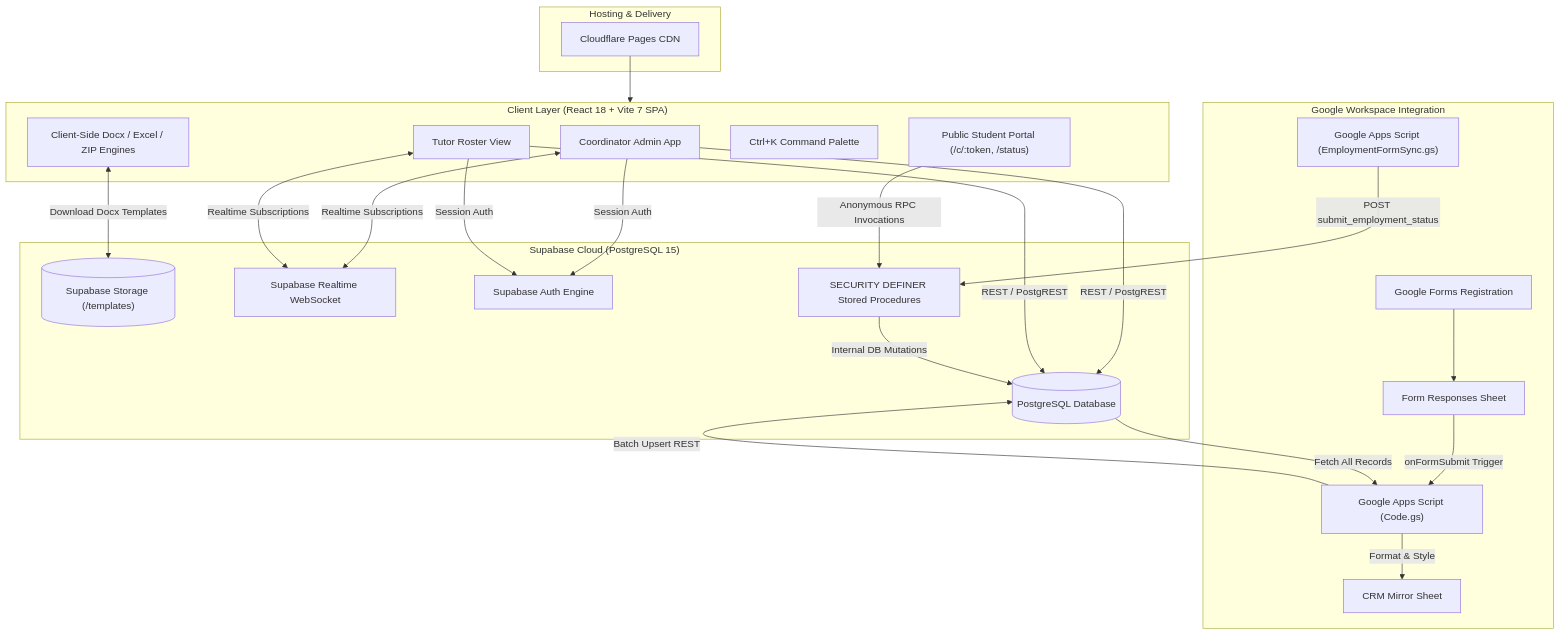
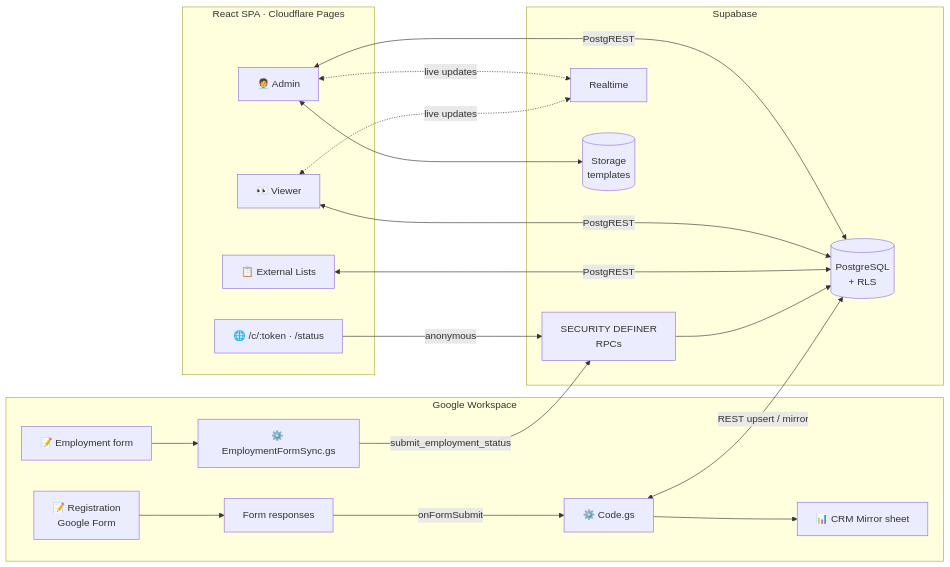
Before and after one commit to ihorvasyliev-gh/CRM-From-Google: the first of 2 diagrams in README.md, drawn with Mermaid. The commit also changed other lines of this file, not shown here.

````diff
--- a/README.md
+++ b/README.md
@@ -82,53 +111,30 @@
 ```mermaid
-graph TD
-    %% Public & Client Layer
-    subgraph Client ["Client Layer (React 18 + Vite 7 SPA)"]
-        Admin[Coordinator Admin App]
-        Tutor[Tutor Roster View]
-        PublicPortal["Public Student Portal (/c/:token, /status)"]
-        CmdPalette[Ctrl+K Command Palette]
-        DocEngine["Client-Side Docx / Excel / ZIP Engines"]
+flowchart LR
+    subgraph Google["Google Workspace"]
+        Form["📝 Registration<br/>Google Form"] --> Sheet["Form responses"]
+        Sheet -->|onFormSubmit| GAS["⚙️ Code.gs"]
+        GAS --> Mirror["📊 CRM Mirror sheet"]
+        Survey["📝 Employment form"] --> GAS2["⚙️ EmploymentFormSync.gs"]
     end
 
-    %% Edge Hosting
-    subgraph Hosting ["Hosting & Delivery"]
-        CF[Cloudflare Pages CDN]
+    subgraph Supabase["Supabase"]
+        DB[("PostgreSQL<br/>+ RLS")]
+        RPC["SECURITY DEFINER<br/>RPCs"]
+        RT["Realtime"]
+        ST[("Storage<br/>templates")]
     end
 
-    %% Database & BaaS Layer
-    subgraph Supabase ["Supabase Cloud (PostgreSQL 15)"]
-        DB[("PostgreSQL Database")]
-        Storage[("Supabase Storage (/templates)")]
-        Realtime["Supabase Realtime WebSocket"]
-        Auth["Supabase Auth Engine"]
-        RPC["SECURITY DEFINER Stored Procedures"]
+    subgraph Web["React SPA · Cloudflare Pages"]
+        Admin["🧑‍💼 Admin"]
+        Viewer["👀 Viewer"]
+        Outreach["📋 External Lists"]
+        Public["🌐 /c/:token · /status"]
     end
 
-    %% Google Workspace Integration
-    subgraph GoogleWorkspace ["Google Workspace Integration"]
-        GForm["Google Forms Registration"]
-        GAS_Sync["Google Apps Script (Code.gs)"]
-        GAS_Outcomes["Google Apps Script (EmploymentFormSync.gs)"]
-        Sheet_Resp["Form Responses Sheet"]
-        Sheet_Mirror["CRM Mirror Sheet"]
-    end
-
-    %% Interactions
-    CF --> Client
-    Admin --> |REST / PostgREST| DB
-    Tutor --> |REST / PostgREST| DB
-    Admin --> |Session Auth| Auth
-    Tutor --> |Session Auth| Auth
-    Admin <--> |Realtime Subscriptions| Realtime
-    Tutor <--> |Realtime Subscriptions| Realtime
-    DocEngine <--> |Download Docx Templates| Storage
-    PublicPortal --> |Anonymous RPC Invocations| RPC
-    RPC --> |Internal DB Mutations| DB
-
-    GForm --> Sheet_Resp
-    Sheet_Resp --> |onFormSubmit Trigger| GAS_Sync
-    GAS_Sync --> |Batch Upsert REST| DB
-    DB --> |Fetch All Records| GAS_Sync
-    GAS_Sync --> |Format & Style| Sheet_Mirror
-    GAS_Outcomes --> |POST submit_employment_status| RPC
+    GAS <-->|REST upsert / mirror| DB
+    GAS2 -->|submit_employment_status| RPC
+    Admin & Viewer & Outreach <-->|PostgREST| DB
+    Admin & Viewer <-.->|live updates| RT
+    Admin <--> ST
+    Public -->|anonymous| RPC --> DB
 ```
````
